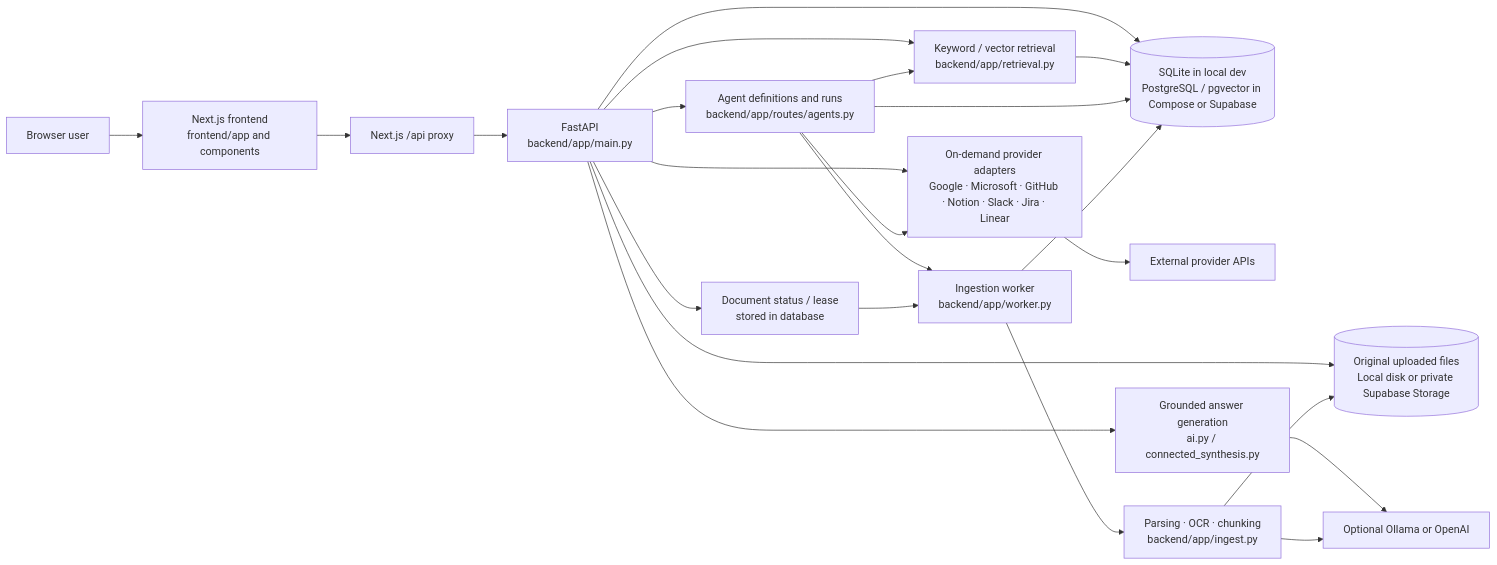
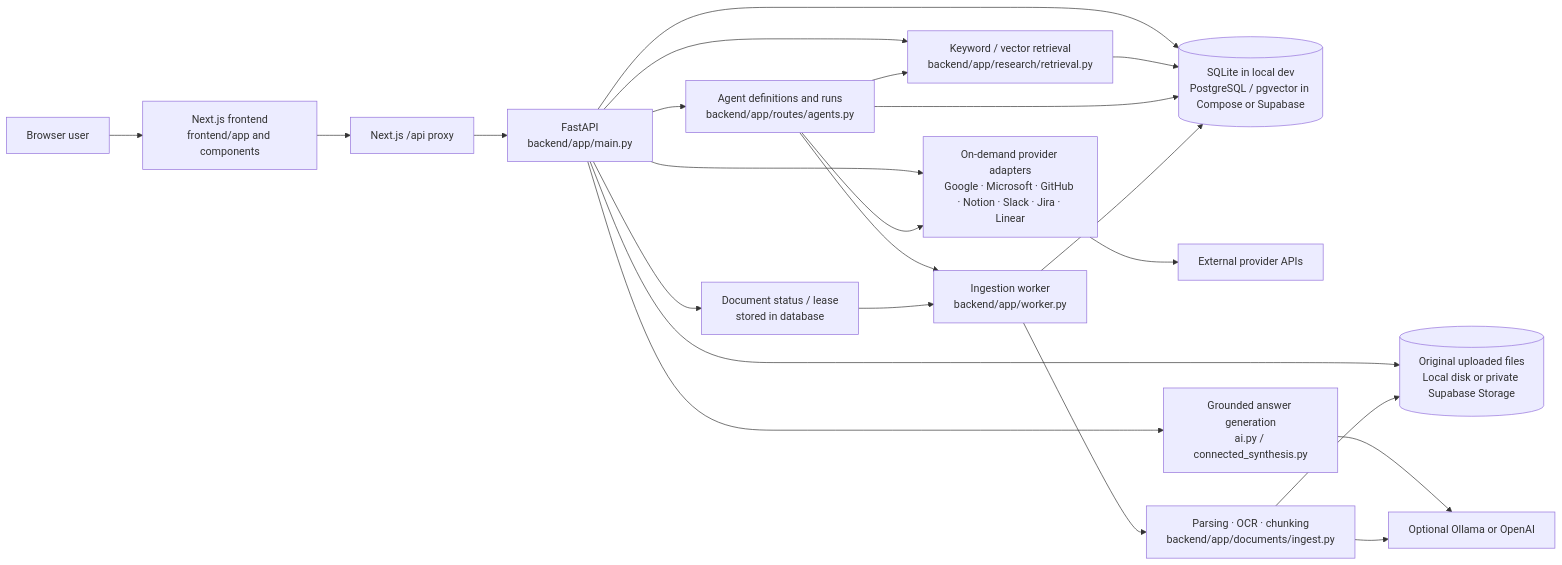
The first of 5 diagrams in README.md (srbmaury/Atlas), drawn with Mermaid before and after one commit. The commit also changed other lines of this file and 76 other files, not shown here.

Commit message:
Group backend research, document, and security modules

````diff
--- a/README.md
+++ b/README.md
@@ -17,25 +17,25 @@
 ```mermaid
 flowchart LR
   User["Browser user"] --> UI["Next.js frontend<br/>frontend/app and components"]
   UI --> Proxy["Next.js /api proxy"]
   Proxy --> API["FastAPI<br/>backend/app/main.py"]
   API --> DB[("SQLite in local dev<br/>PostgreSQL / pgvector in Compose or Supabase")]
   API --> Files[("Original uploaded files<br/>Local disk or private Supabase Storage")]
   API --> Conn["On-demand provider adapters<br/>Google · Microsoft · GitHub · Notion · Slack · Jira · Linear"]
   Conn --> Providers["External provider APIs"]
-  API --> Retrieval["Keyword / vector retrieval<br/>backend/app/retrieval.py"]
+  API --> Retrieval["Keyword / vector retrieval<br/>backend/app/research/retrieval.py"]
   Retrieval --> DB
   API --> Synthesis["Grounded answer generation<br/>ai.py / connected_synthesis.py"]
   Synthesis --> Model["Optional Ollama or OpenAI"]
   API --> Agents["Agent definitions and runs<br/>backend/app/routes/agents.py"]
   Agents --> DB
   Agents --> Conn
   Agents --> Retrieval
   Agents --> Worker
   API --> Queue["Document status / lease<br/>stored in database"]
   Queue --> Worker["Ingestion worker<br/>backend/app/worker.py"]
-  Worker --> Parser["Parsing · OCR · chunking<br/>backend/app/ingest.py"]
+  Worker --> Parser["Parsing · OCR · chunking<br/>backend/app/documents/ingest.py"]
   Parser --> Files
   Parser --> Model
   Worker --> DB
 ```
````
